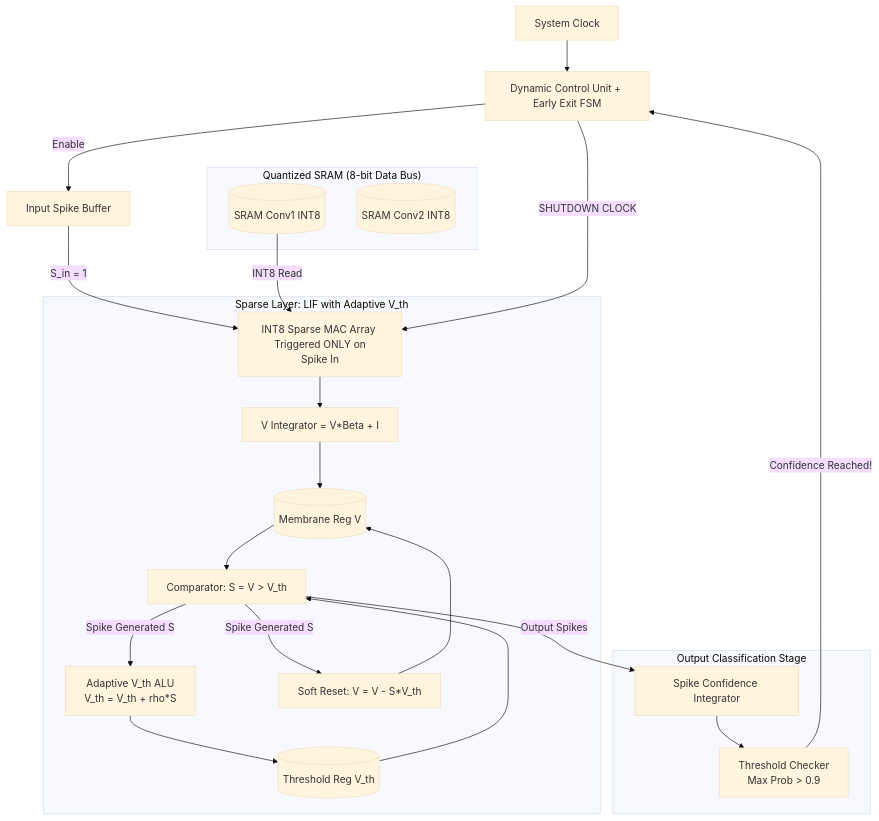
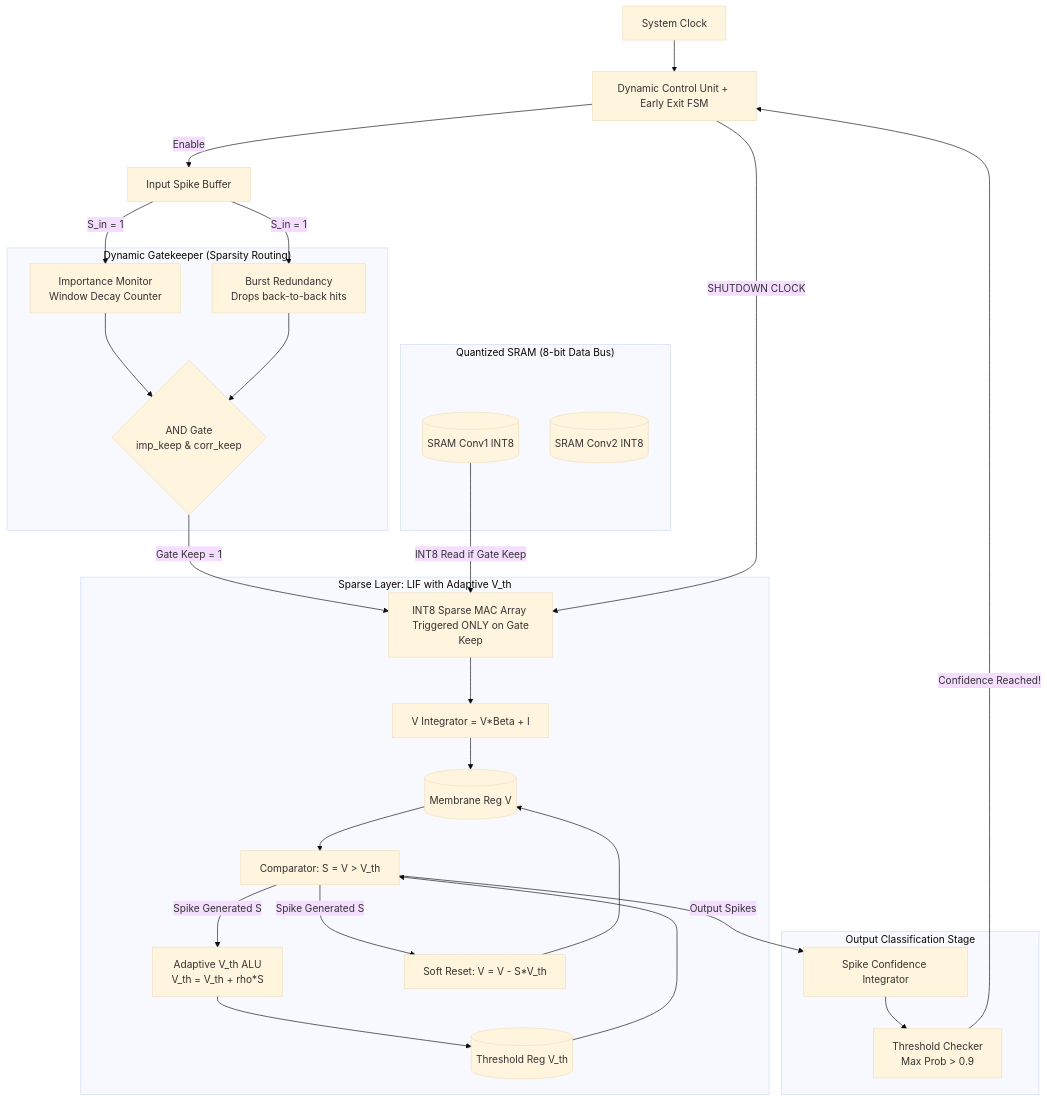
One commit to SiddheshUttarwar/MemorySparcity changed the second of 2 diagrams in hardware_architecture.md. Above: the diagram before and after it, drawn with Mermaid (base theme). The commit also changed other lines of this file, not shown here.

Commit message:
docs: Inject Hybrid Dynamic Gatekeeper (Importance + Burst Redundancy) into Sparsity architecture Mermaid diagrams

````diff
--- a/hardware_architecture.md
+++ b/hardware_architecture.md
@@ -72,52 +72,64 @@
 ```mermaid
 graph TD
     %% Advanced Global Control
     CLK[System Clock] --> CU_EE[Dynamic Control Unit + Early Exit FSM]
     CU_EE --> |Enable| IB[Input Spike Buffer]
     
     %% Sparse Memory Blocks (INT8)
     subgraph Quantized_SRAM ["Quantized SRAM (8-bit Data Bus)"]
         SRAM_Q1[(SRAM Conv1 INT8)]
         SRAM_Q2[(SRAM Conv2 INT8)]
     end
 
+    %% Dynamic Gatekeeper Interface
+    subgraph Gatekeeper ["Dynamic Gatekeeper (Sparsity Routing)"]
+        IMP[Importance Monitor <br> Window Decay Counter]
+        RED[Burst Redundancy <br> Drops back-to-back hits]
+        G_LOGIC{AND Gate <br> imp_keep & corr_keep}
+    end
+
     %% Sparse Layer Execution
     subgraph Sparse_Layer ["Sparse Layer: LIF with Adaptive V_th"]
-        MAC_Q[INT8 Sparse MAC Array <br> Triggered ONLY on Spike In]
+        MAC_Q[INT8 Sparse MAC Array <br> Triggered ONLY on Gate Keep]
         V_MEM_Q[(Membrane Reg V)]
         VTH_MEM_Q[(Threshold Reg V_th)]
         
         ALU_V[V Integrator = V*Beta + I]
         ALU_VTH[Adaptive V_th ALU <br> V_th = V_th + rho*S]
         
         CMP[Comparator: S = V > V_th]
         RST[Soft Reset: V = V - S*V_th]
     end
 
     %% Pipeline Flow
-    IB --> |S_in = 1| MAC_Q
-    SRAM_Q1 --> |INT8 Read| MAC_Q
+    IB --> |S_in = 1| IMP
+    IB --> |S_in = 1| RED
+    IMP --> G_LOGIC
+    RED --> G_LOGIC
+    
+    G_LOGIC --> |Gate Keep = 1| MAC_Q
+    SRAM_Q1 --> |INT8 Read if Gate Keep| MAC_Q
     MAC_Q --> ALU_V
     
     ALU_V --> V_MEM_Q
     V_MEM_Q --> CMP
     VTH_MEM_Q --> CMP
     
     CMP --> |Spike Generated S| RST
     CMP --> |Spike Generated S| ALU_VTH
     ALU_VTH --> VTH_MEM_Q
     RST --> V_MEM_Q
     
     %% Early Exit Logic
     subgraph Output_Classification_Stage ["Output Classification Stage"]
         OUT_ACCUM[Spike Confidence Integrator]
         PROB_CHK[Threshold Checker <br> Max Prob > 0.9]
     end
     
     CMP --> |Output Spikes| OUT_ACCUM
     OUT_ACCUM --> PROB_CHK
     
     %% Early Exit Disconnect
     PROB_CHK --> |Confidence Reached!| CU_EE
     CU_EE --> |SHUTDOWN CLOCK| MAC_Q
 ```
````
